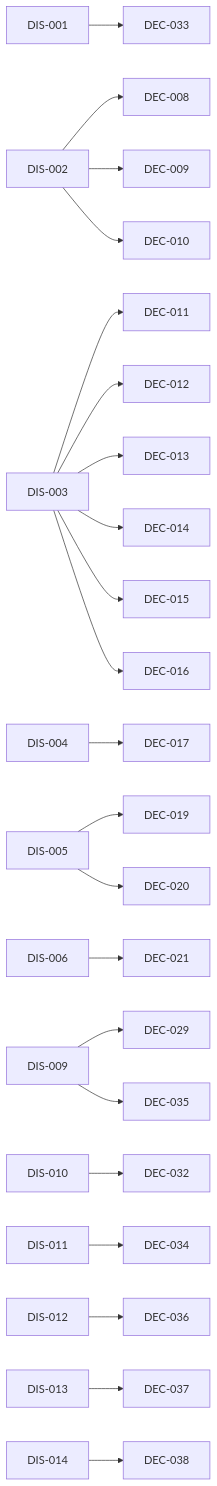
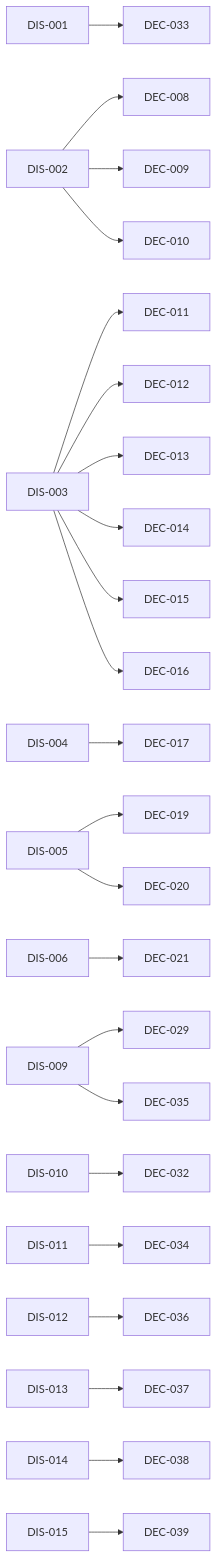
Before and after one commit to amartis/sonoai_research_notes: the diagram in INDEX.md, drawn with Mermaid. The commit also changed other lines of this file and 2 other files, not shown here.

Commit message:
DIS-015, DEC-039: Mermaid dependency pages on the board, one per milestone

````diff
--- a/INDEX.md
+++ b/INDEX.md
@@ -71,24 +73,25 @@
 ```mermaid
 flowchart LR
   DIS_001[DIS-001] --> DEC_033[DEC-033]
   DIS_002[DIS-002] --> DEC_008[DEC-008]
   DIS_002[DIS-002] --> DEC_009[DEC-009]
   DIS_002[DIS-002] --> DEC_010[DEC-010]
   DIS_003[DIS-003] --> DEC_011[DEC-011]
   DIS_003[DIS-003] --> DEC_012[DEC-012]
   DIS_003[DIS-003] --> DEC_013[DEC-013]
   DIS_003[DIS-003] --> DEC_014[DEC-014]
   DIS_003[DIS-003] --> DEC_015[DEC-015]
   DIS_003[DIS-003] --> DEC_016[DEC-016]
   DIS_004[DIS-004] --> DEC_017[DEC-017]
   DIS_005[DIS-005] --> DEC_019[DEC-019]
   DIS_005[DIS-005] --> DEC_020[DEC-020]
   DIS_006[DIS-006] --> DEC_021[DEC-021]
   DIS_009[DIS-009] --> DEC_029[DEC-029]
   DIS_009[DIS-009] --> DEC_035[DEC-035]
   DIS_010[DIS-010] --> DEC_032[DEC-032]
   DIS_011[DIS-011] --> DEC_034[DEC-034]
   DIS_012[DIS-012] --> DEC_036[DEC-036]
   DIS_013[DIS-013] --> DEC_037[DEC-037]
   DIS_014[DIS-014] --> DEC_038[DEC-038]
+  DIS_015[DIS-015] --> DEC_039[DEC-039]
 ```
````
